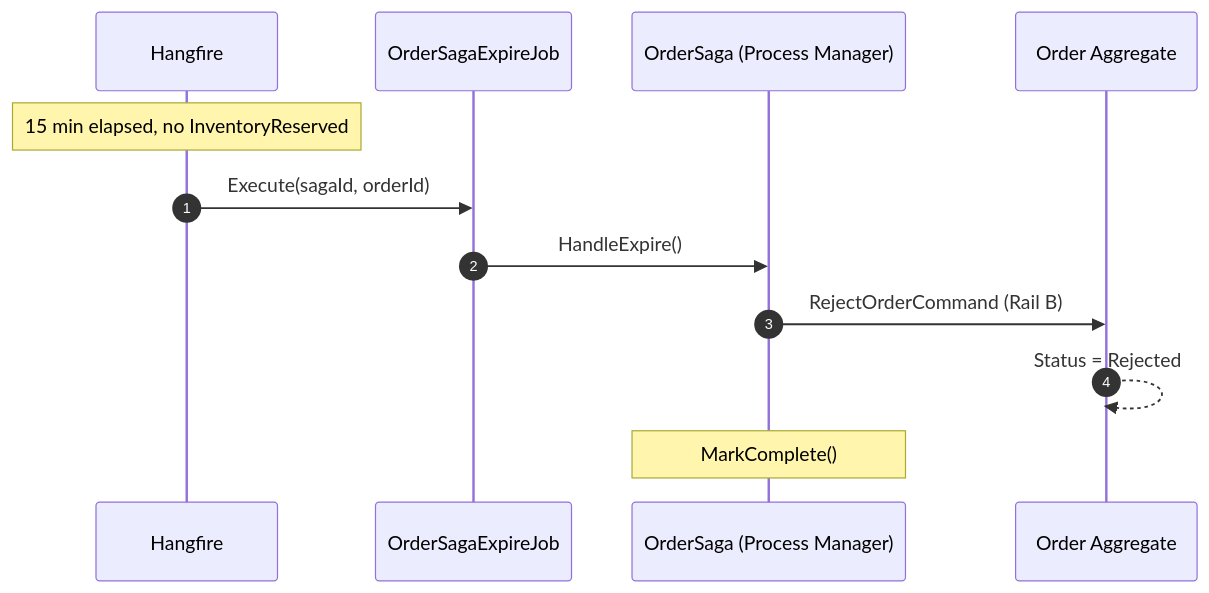
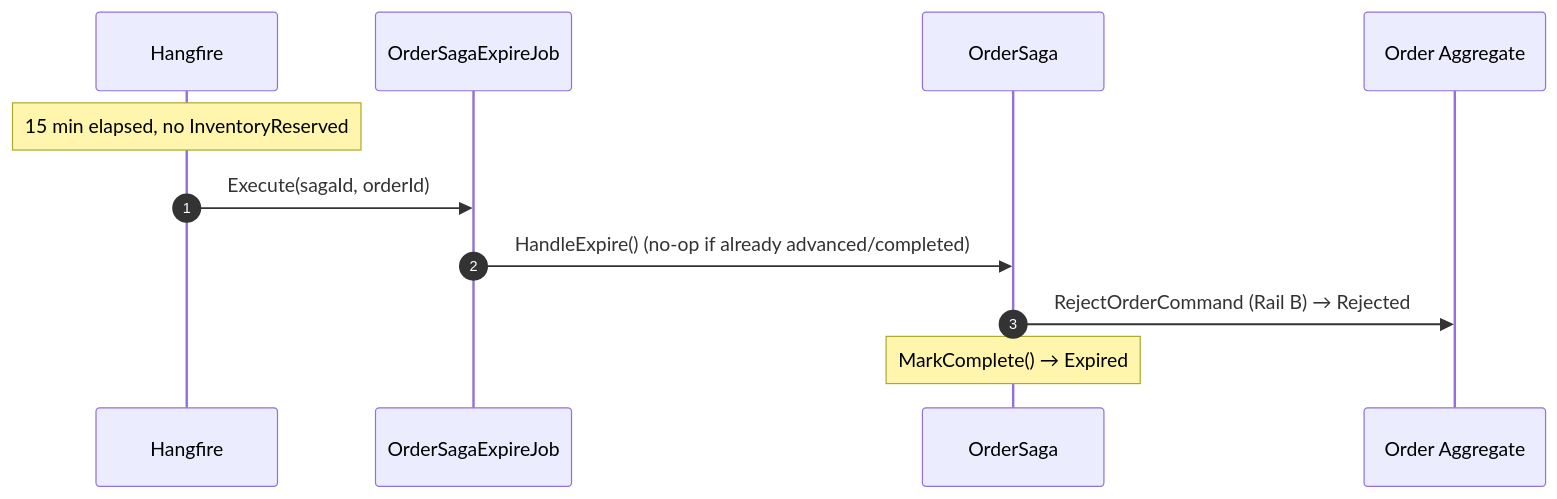
Diagram 16 of 17 in Order/src/EShop.Order.API/README.md (mnnam1302/EShop), drawn with Mermaid before and after one commit. The commit also changed other lines of this file and 105 other files, not shown here.

First line of the commit message:
[EShop-2606] Introduce Finance service + Place-Order saga payment step (#71)

````diff
--- a/Order/src/EShop.Order.API/README.md
+++ b/Order/src/EShop.Order.API/README.md
@@ -336,15 +479,14 @@
 ```mermaid
 sequenceDiagram
     autonumber
     participant HF  as Hangfire
     participant JOB as OrderSagaExpireJob
-    participant PM  as OrderSaga (Process Manager)
+    participant PM  as OrderSaga
     participant OA  as Order Aggregate
 
     Note over HF: 15 min elapsed, no InventoryReserved
     HF->>JOB: Execute(sagaId, orderId)
-    JOB->>PM: HandleExpire()
-    PM->>OA: RejectOrderCommand (Rail B)
-    OA-->>OA: Status = Rejected
-    Note over PM: MarkComplete()
+    JOB->>PM: HandleExpire() (no-op if already advanced/completed)
+    PM->>OA: RejectOrderCommand (Rail B) → Rejected
+    Note over PM: MarkComplete() → Expired
 ```
````
